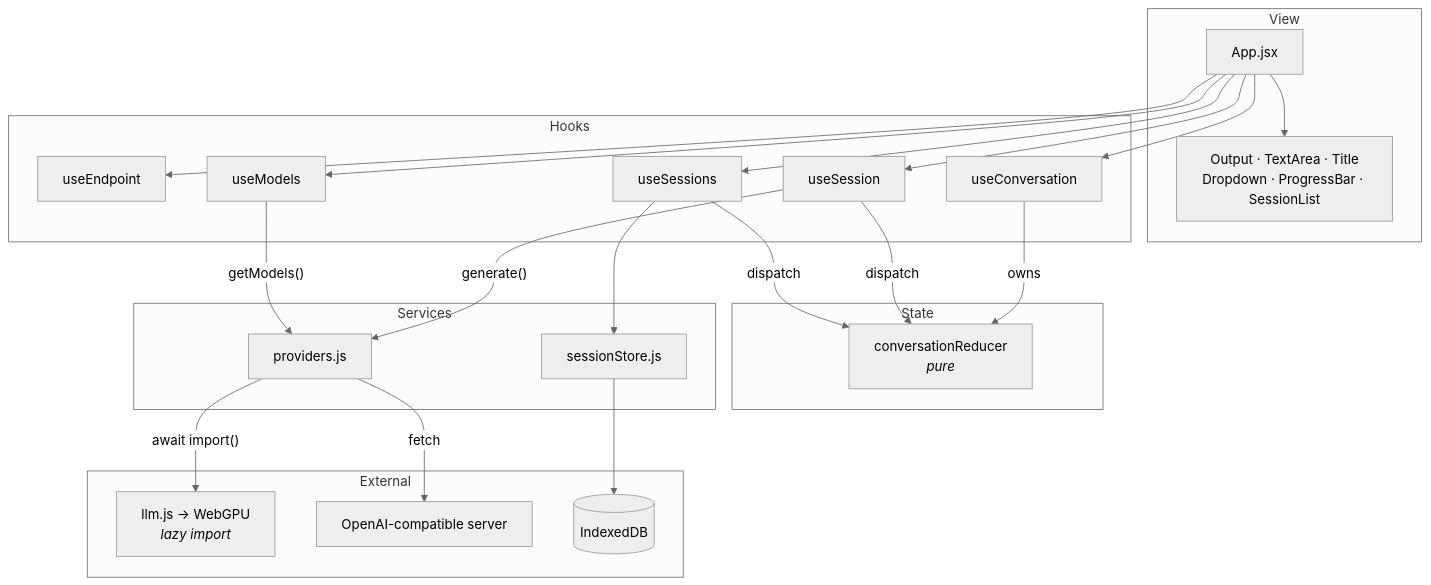
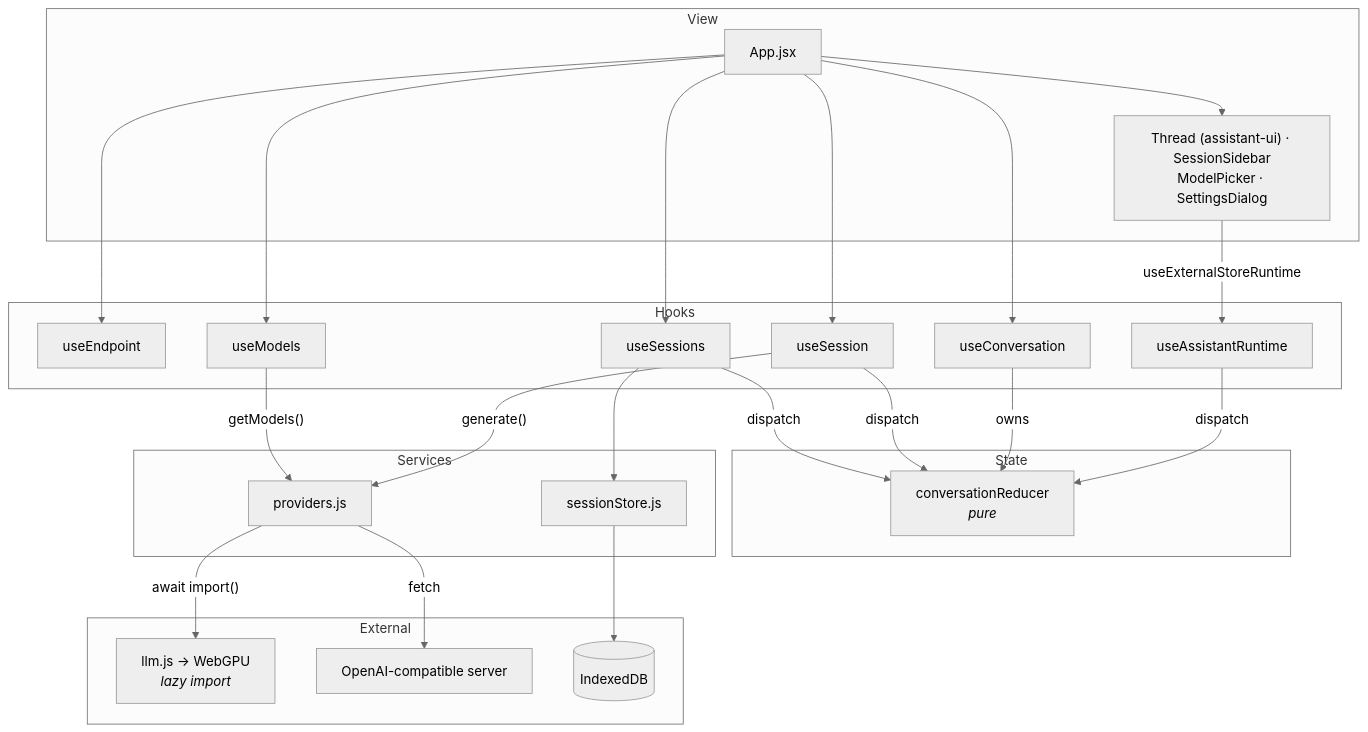
The first of 4 diagrams in docs/architecture.md (classiccosta/lime-local-ai), drawn with Mermaid (neutral theme) before and after one commit. The commit also changed other lines of this file and 3 other files, not shown here.

````diff
--- a/docs/architecture.md
+++ b/docs/architecture.md
@@ -63,45 +68,48 @@
 ```mermaid
 flowchart TD
   subgraph view["View"]
     App["App.jsx"]
-    Cmp["Output · TextArea · Title<br/>Dropdown · ProgressBar · SessionList"]
+    Cmp["Thread (assistant-ui) · SessionSidebar<br/>ModelPicker · SettingsDialog"]
   end
 
   subgraph hooks["Hooks"]
     UE["useEndpoint"]
+    UAR["useAssistantRuntime"]
     UM["useModels"]
     UC["useConversation"]
     US["useSession"]
     USS["useSessions"]
   end
 
   subgraph state["State"]
     R["conversationReducer<br/><i>pure</i>"]
   end
 
   subgraph services["Services"]
     P["providers.js"]
     Store["sessionStore.js"]
   end
 
   subgraph ext["External"]
     LLM["llm.js → WebGPU<br/><i>lazy import</i>"]
     API["OpenAI-compatible server"]
     IDB[("IndexedDB")]
   end
 
   App --> Cmp
   App --> UE & UM & UC & US & USS
+  Cmp -- "useExternalStoreRuntime" --> UAR
+  UAR -- "dispatch" --> R
 
   UC -- "owns" --> R
   US -- "dispatch" --> R
   USS -- "dispatch" --> R
 
   US -- "generate()" --> P
   UM -- "getModels()" --> P
   USS --> Store
 
   P -- "await import()" --> LLM
   P -- "fetch" --> API
   Store --> IDB
 ```
````
